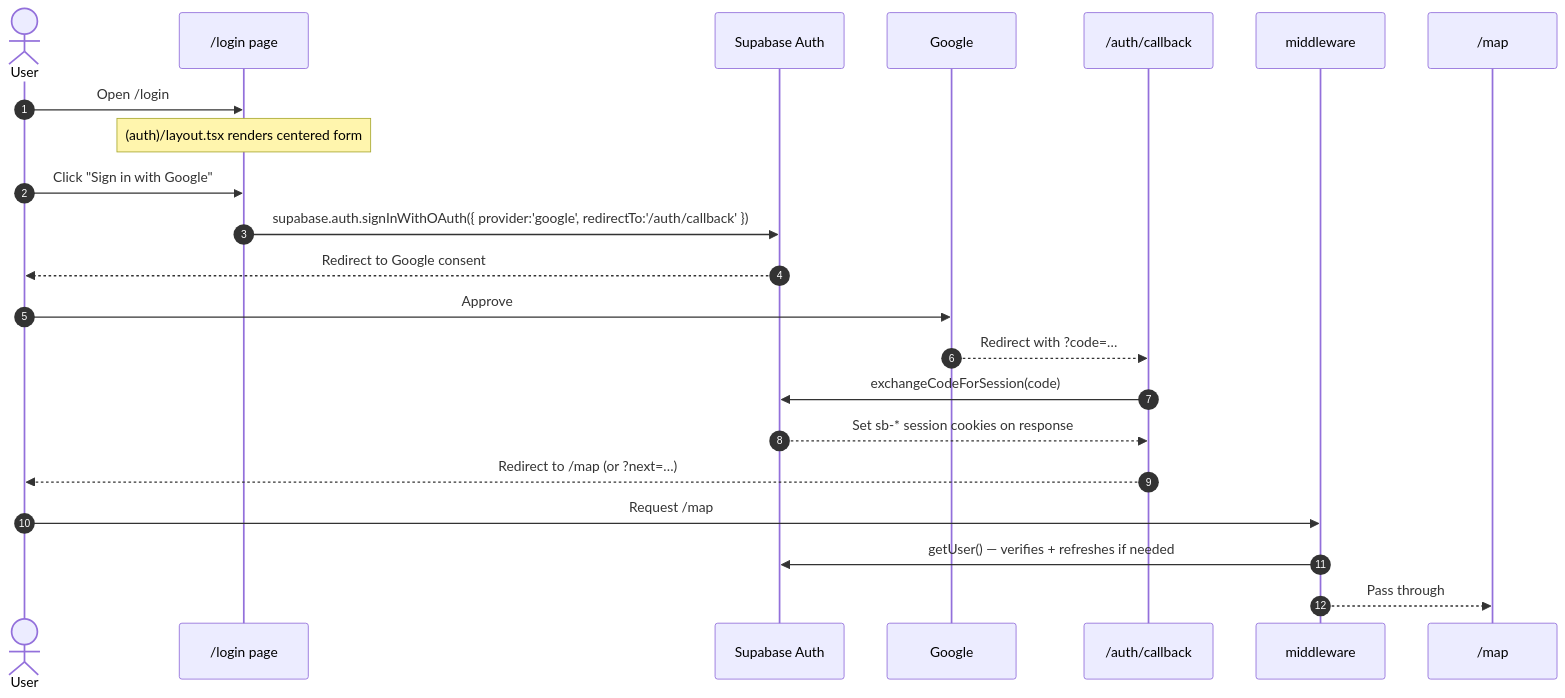
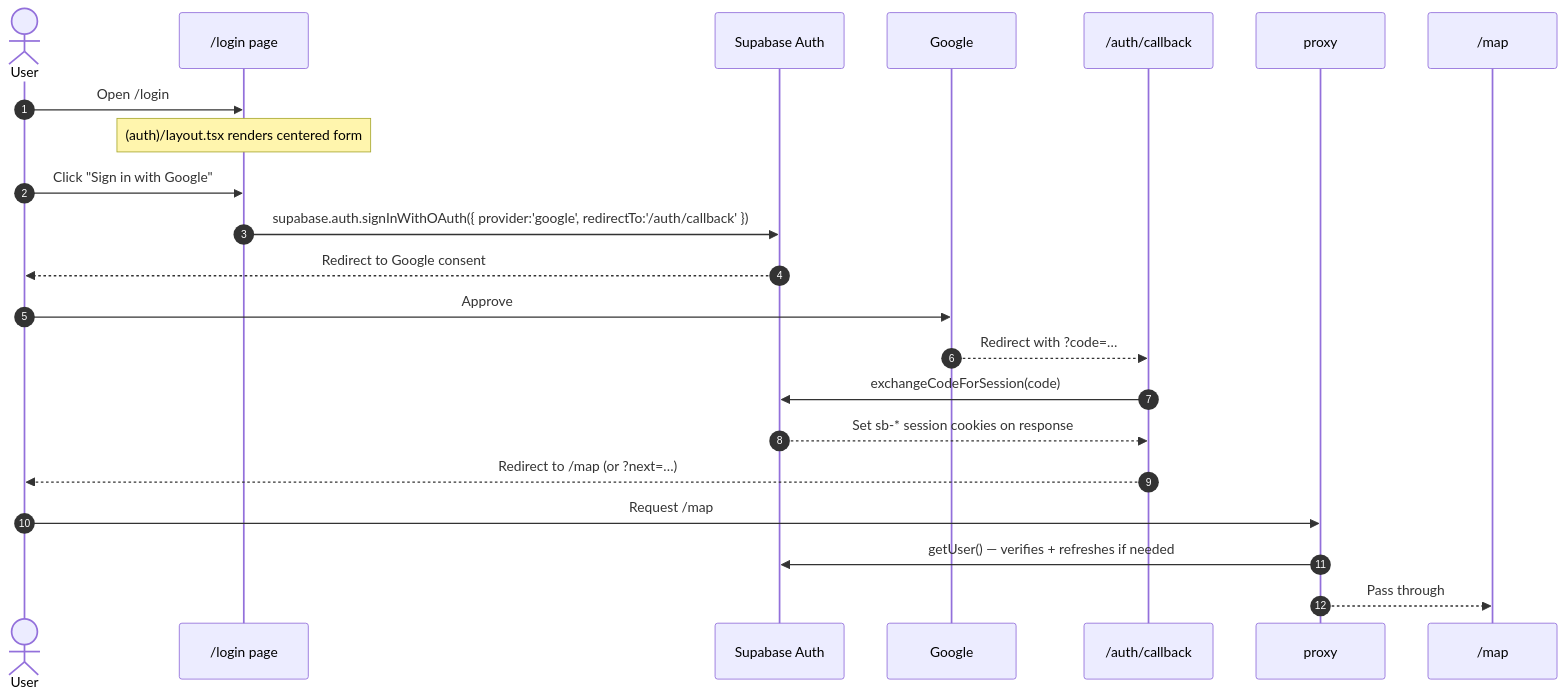
The diagram in docs/05-flows/auth-flow.md (ozanoid/map-organiser), drawn with Mermaid before and after one commit. The commit also changed other lines of this file and 41 other files, not shown here.

First line of the commit message:
middleware → proxy, and run the functions next to the database (fra1)

````diff
--- a/docs/05-flows/auth-flow.md
+++ b/docs/05-flows/auth-flow.md
@@ -32,25 +32,25 @@
 ```mermaid
 sequenceDiagram
     autonumber
     actor U as User
     participant LP as /login page
     participant SA as Supabase Auth
     participant G as Google
     participant CB as /auth/callback
-    participant MW as middleware
+    participant MW as proxy
     participant MAP as /map
 
     U->>LP: Open /login
     Note over LP: (auth)/layout.tsx renders centered form
     U->>LP: Click "Sign in with Google"
     LP->>SA: supabase.auth.signInWithOAuth({ provider:'google', redirectTo:'/auth/callback' })
     SA-->>U: Redirect to Google consent
     U->>G: Approve
     G-->>CB: Redirect with ?code=…
     CB->>SA: exchangeCodeForSession(code)
     SA-->>CB: Set sb-* session cookies on response
     CB-->>U: Redirect to /map (or ?next=…)
     U->>MW: Request /map
     MW->>SA: getUser() — verifies + refreshes if needed
     MW-->>MAP: Pass through
 ```
````
